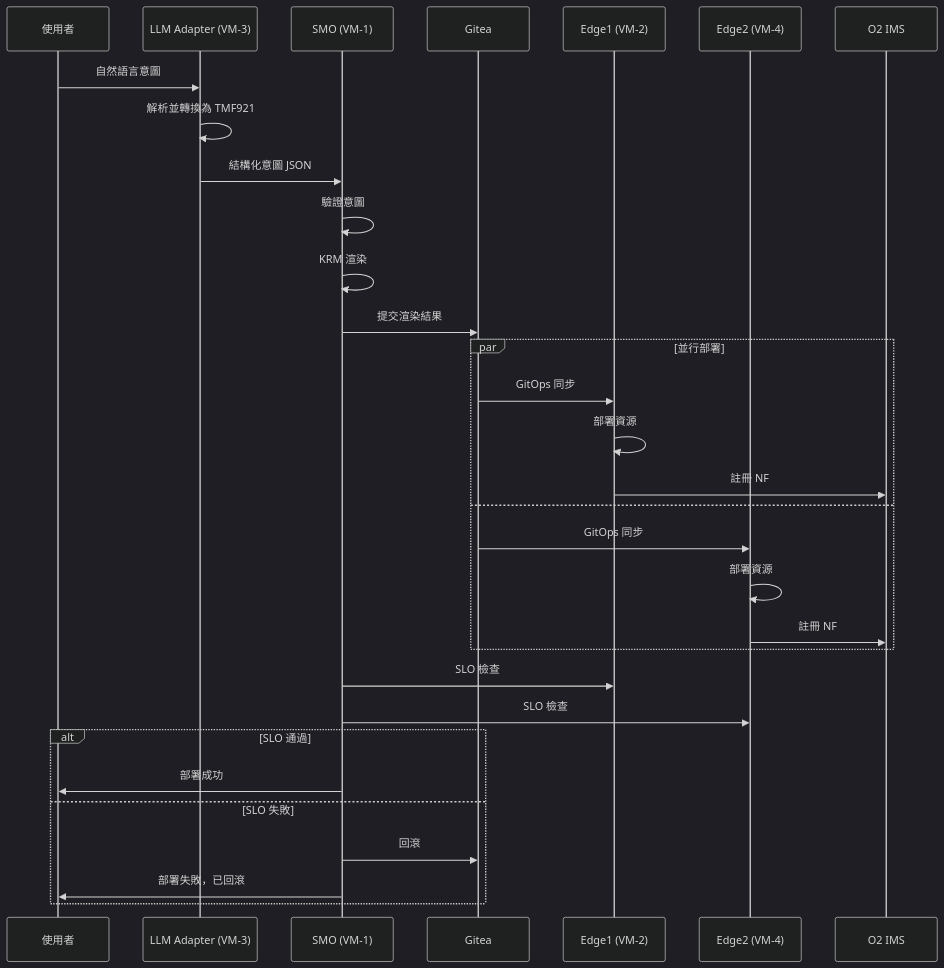
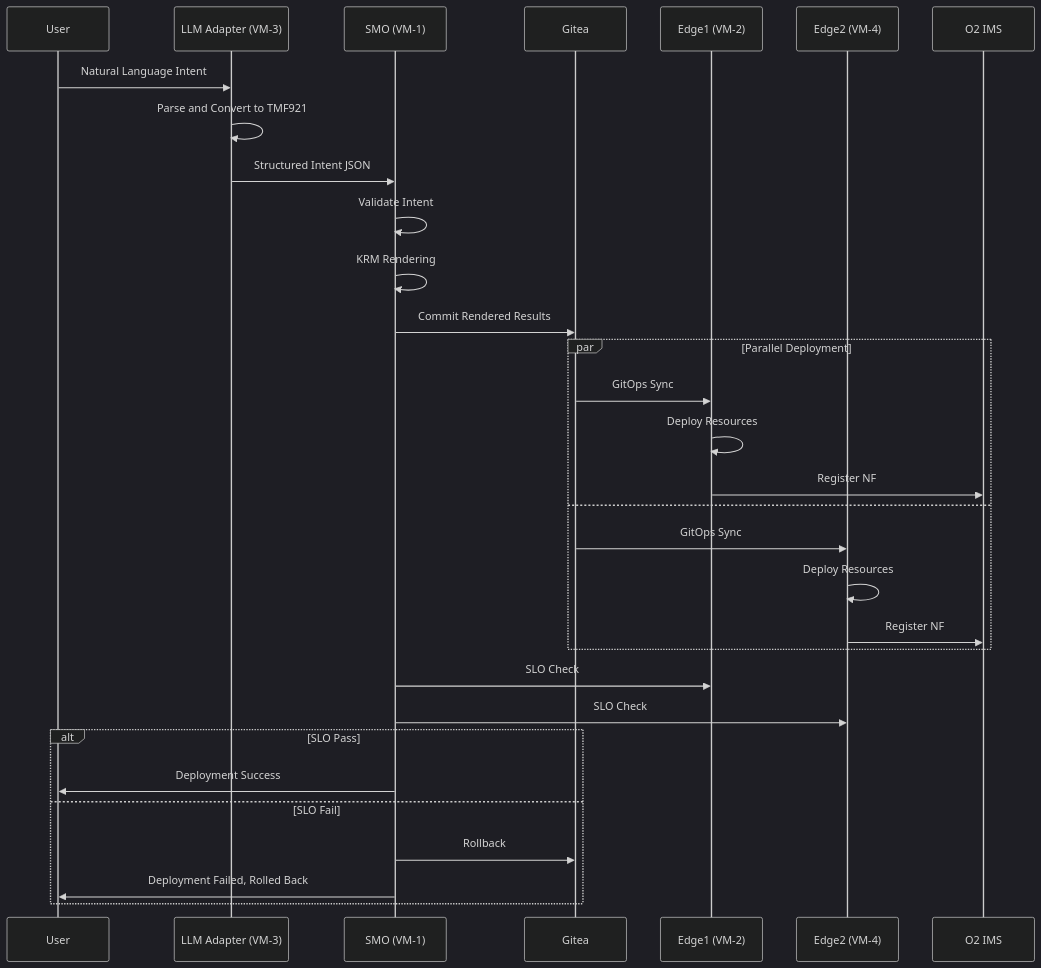
Before and after one commit to thc1006/nephio-intent-to-o2-demo: the diagram in SYSTEM_ARCHITECTURE_HLA.md, drawn with Mermaid (dark theme). The commit also changed other lines of this file and 166 other files, not shown here.

````diff
--- a/SYSTEM_ARCHITECTURE_HLA.md
+++ b/SYSTEM_ARCHITECTURE_HLA.md
@@ -83,38 +86,38 @@
 ```mermaid
 sequenceDiagram
-    participant User as 使用者
+    participant User
     participant LLM as LLM Adapter (VM-3)
     participant SMO as SMO (VM-1)
     participant Git as Gitea
     participant Edge1 as Edge1 (VM-2)
     participant Edge2 as Edge2 (VM-4)
     participant O2IMS as O2 IMS
 
-    User->>LLM: 自然語言意圖
-    LLM->>LLM: 解析並轉換為 TMF921
-    LLM->>SMO: 結構化意圖 JSON
+    User->>LLM: Natural Language Intent
+    LLM->>LLM: Parse and Convert to TMF921
+    LLM->>SMO: Structured Intent JSON
 
-    SMO->>SMO: 驗證意圖
-    SMO->>SMO: KRM 渲染
-    SMO->>Git: 提交渲染結果
+    SMO->>SMO: Validate Intent
+    SMO->>SMO: KRM Rendering
+    SMO->>Git: Commit Rendered Results
 
-    par 並行部署
-        Git->>Edge1: GitOps 同步
-        Edge1->>Edge1: 部署資源
-        Edge1->>O2IMS: 註冊 NF
+    par Parallel Deployment
+        Git->>Edge1: GitOps Sync
+        Edge1->>Edge1: Deploy Resources
+        Edge1->>O2IMS: Register NF
     and
-        Git->>Edge2: GitOps 同步
-        Edge2->>Edge2: 部署資源
-        Edge2->>O2IMS: 註冊 NF
+        Git->>Edge2: GitOps Sync
+        Edge2->>Edge2: Deploy Resources
+        Edge2->>O2IMS: Register NF
     end
 
-    SMO->>Edge1: SLO 檢查
-    SMO->>Edge2: SLO 檢查
+    SMO->>Edge1: SLO Check
+    SMO->>Edge2: SLO Check
 
-    alt SLO 通過
-        SMO->>User: 部署成功
-    else SLO 失敗
-        SMO->>Git: 回滾
-        SMO->>User: 部署失敗，已回滾
+    alt SLO Pass
+        SMO->>User: Deployment Success
+    else SLO Fail
+        SMO->>Git: Rollback
+        SMO->>User: Deployment Failed, Rolled Back
     end
 ```
````
